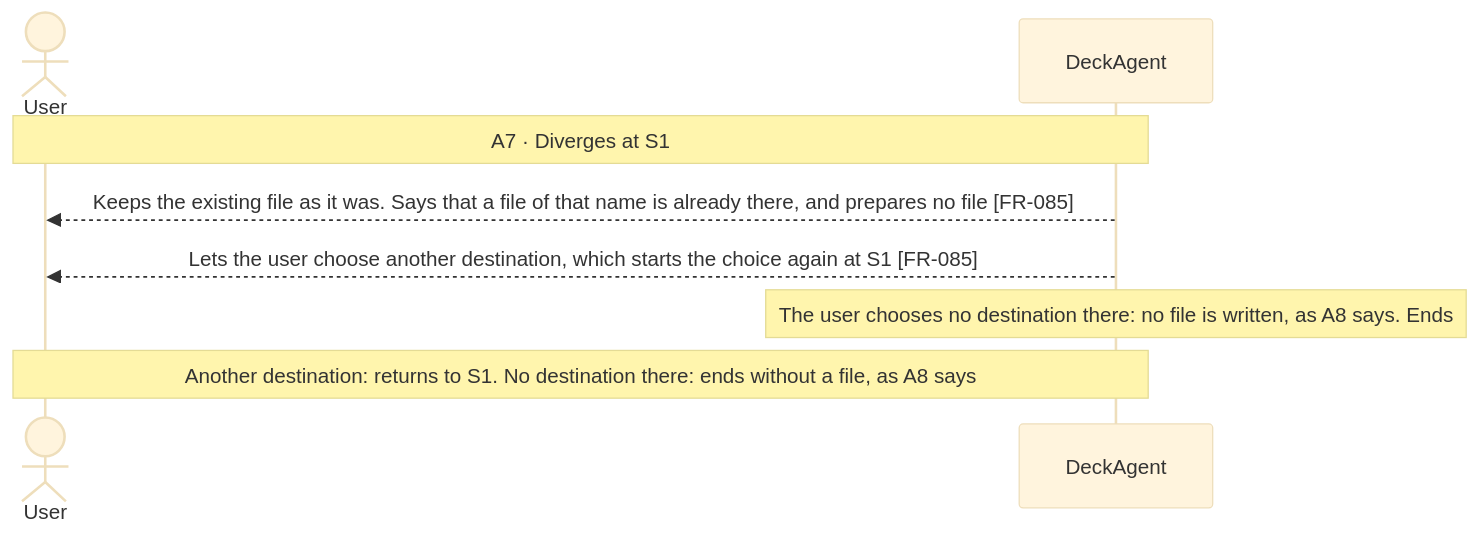
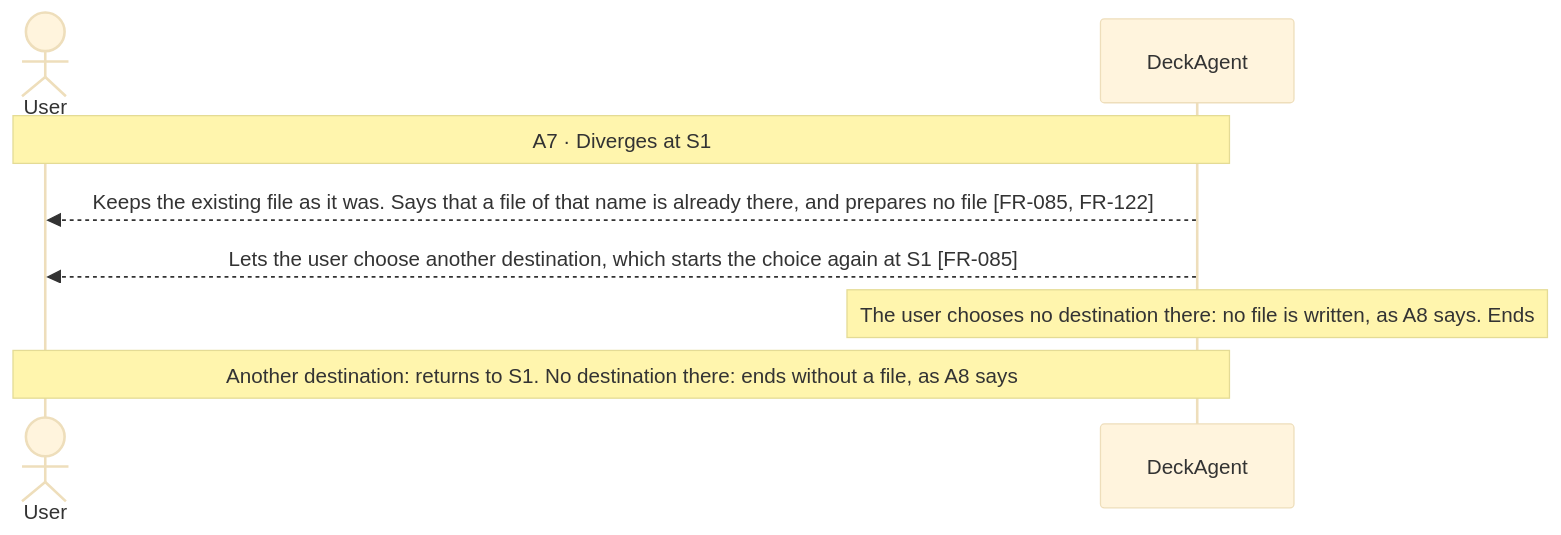
The sixth of 11 diagrams in docs/spec/03-use-cases/UC-004.md (Luke23127006/DeckAgent), drawn with Mermaid (base theme) before and after one commit. The commit also changed other lines of this file and 25 other files, not shown here.

````diff
--- a/docs/spec/03-use-cases/UC-004.md
+++ b/docs/spec/03-use-cases/UC-004.md
@@ -123,10 +123,10 @@
 ```mermaid
 sequenceDiagram
     actor User
     participant DeckAgent
     Note over User,DeckAgent: A7 · Diverges at S1
-    DeckAgent-->>User: Keeps the existing file as it was. Says that a file of that name is already there, and prepares no file [FR-085]
+    DeckAgent-->>User: Keeps the existing file as it was. Says that a file of that name is already there, and prepares no file [FR-085, FR-122]
     DeckAgent-->>User: Lets the user choose another destination, which starts the choice again at S1 [FR-085]
     note over DeckAgent: The user chooses no destination there: no file is written, as A8 says. Ends
     Note over User,DeckAgent: Another destination: returns to S1. No destination there: ends without a file, as A8 says
 ```
````
